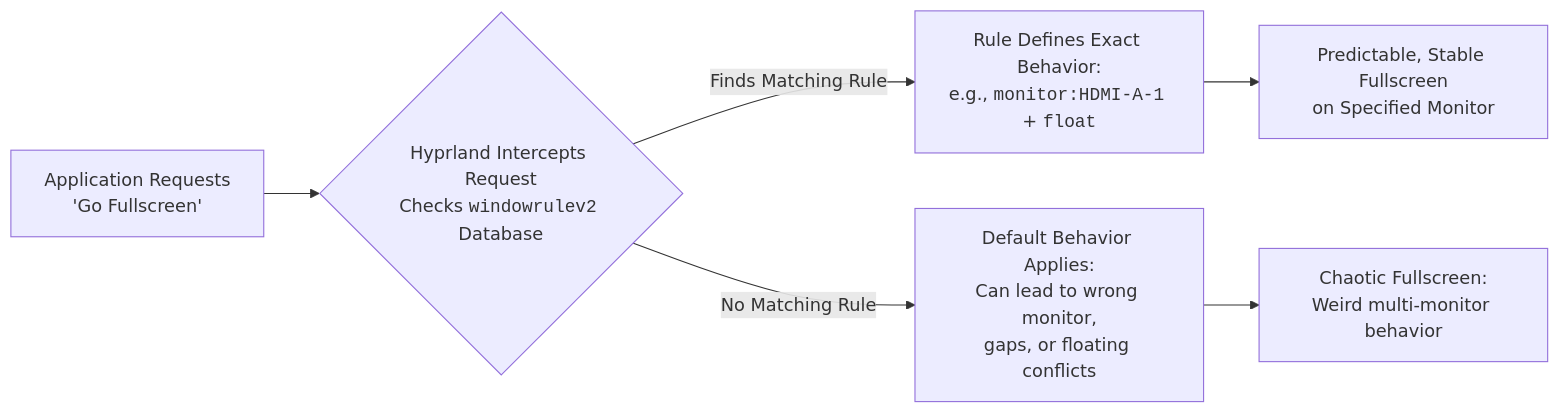
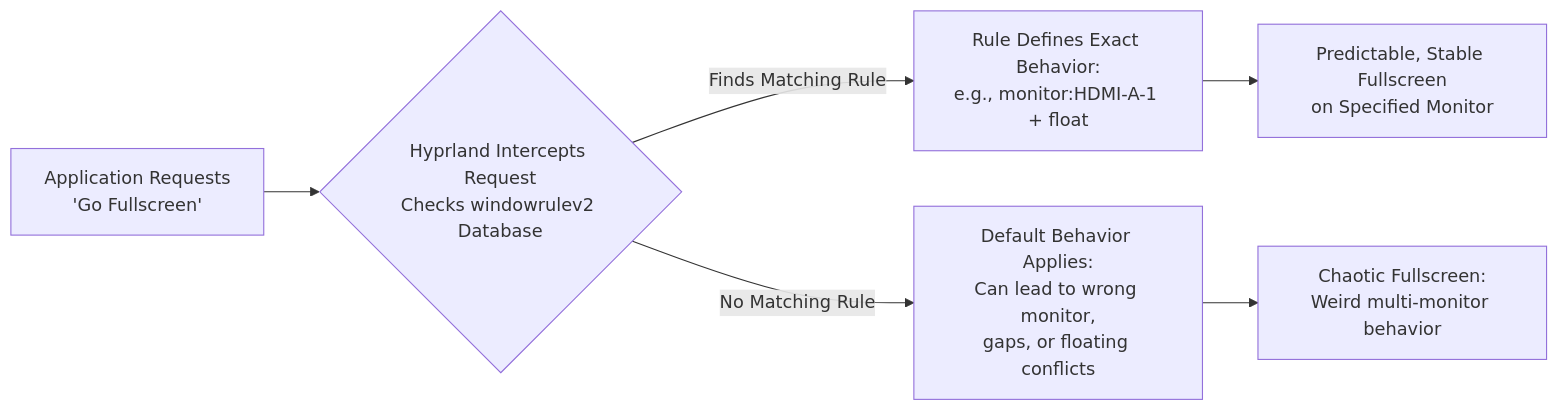
One commit to htghuzaifa2/huzi.pk-web-v2 changed the diagram in src/data/blogs/posts/tech/hyprland-fullscreen-multi-monitor-fix.md. Above: the diagram before and after it, drawn with Mermaid. The commit also changed other lines of this file and 488 other files, not shown here.

````diff
--- a/src/data/blogs/posts/tech/hyprland-fullscreen-multi-monitor-fix.md
+++ b/src/data/blogs/posts/tech/hyprland-fullscreen-multi-monitor-fix.md
@@ -106,10 +187,10 @@
 ```mermaid
 flowchart LR
-    A[Application Requests<br>'Go Fullscreen'] --> B{Hyprland Intercepts Request<br>Checks <code>windowrulev2</code> Database}
+    A[Application Requests<br>'Go Fullscreen'] --> B{Hyprland Intercepts Request<br>Checks windowrulev2 Database}
 
-    B -- Finds Matching Rule --> C[Rule Defines Exact Behavior:<br>e.g., <code>monitor:HDMI-A-1</code> + <code>float</code>]
+    B -- Finds Matching Rule --> C[Rule Defines Exact Behavior:<br>e.g., monitor:HDMI-A-1 + float]
     C --> D[Predictable, Stable Fullscreen<br>on Specified Monitor]
 
     B -- No Matching Rule --> E[Default Behavior Applies:<br>Can lead to wrong monitor,<br>gaps, or floating conflicts]
     E --> F[Chaotic Fullscreen:<br>Weird multi-monitor behavior]
 ```
````
